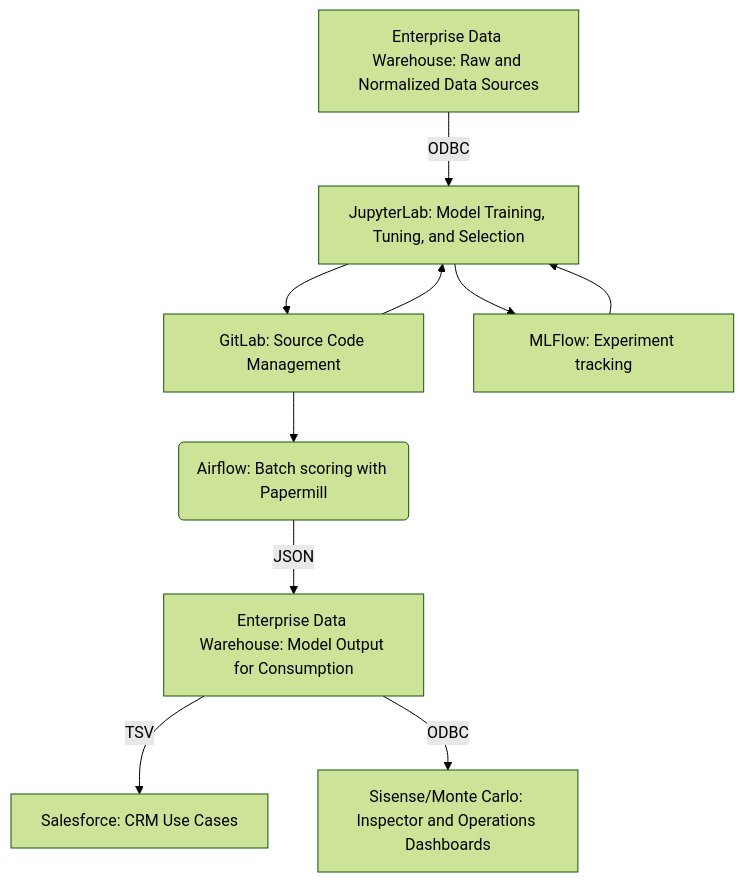
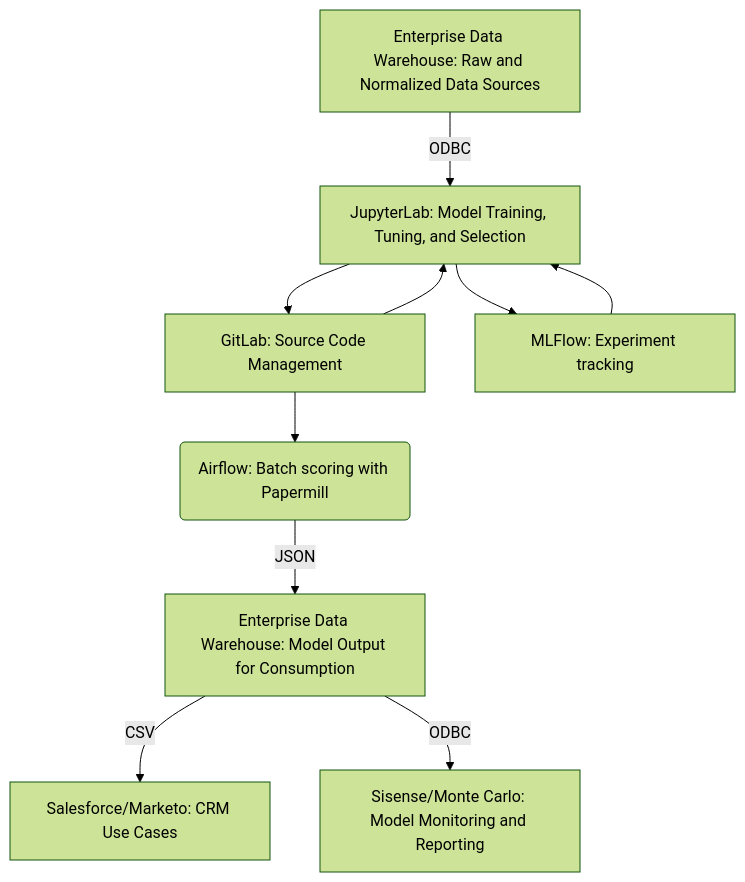
Before and after one commit to spicysoft/jp-www-gitlab-com: the second of 2 diagrams in sites/handbook/source/handbook/business-technology/data-team/organization/data-science/index.html.md, drawn with Mermaid (forest theme). The commit also changed other lines of this file, not shown here.

````diff
--- a/sites/handbook/source/handbook/business-technology/data-team/organization/data-science/index.html.md
+++ b/sites/handbook/source/handbook/business-technology/data-team/organization/data-science/index.html.md
@@ -199,20 +195,20 @@
 ```mermaid
 graph 
     A[Enterprise Data Warehouse: Raw and Normalized Data Sources]
     B[JupyterLab: Model Training, Tuning, and Selection]
     C(Airflow: Batch scoring with Papermill)
     F[Enterprise Data Warehouse: Model Output for Consumption]
-    D[Salesforce: CRM Use Cases]
-    E[Sisense/Monte Carlo: Inspector and Operations Dashboards]
+    D[Salesforce/Marketo: CRM Use Cases]
+    E[Sisense/Monte Carlo: Model Monitoring and Reporting]
     G[GitLab: Source Code Management]
     H[MLFlow: Experiment tracking]
     A --> |ODBC| B
     B --> H
     H --> B
     B --> G
     G --> B
     G --> C
     C --> |JSON| F
-    F --> |TSV| D
+    F --> |CSV| D
     F --> |ODBC| E
 ```
````
